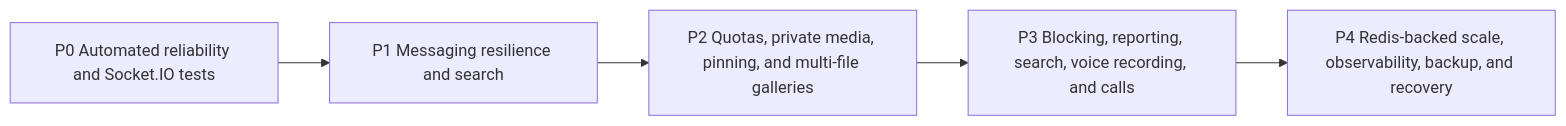
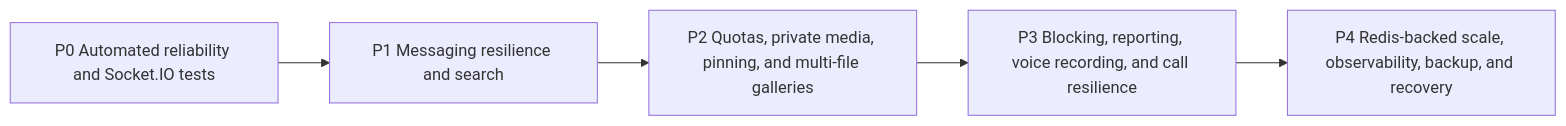
Before and after one commit to Saurav11343/click-chat: the second of 2 diagrams in docs/09-testing-and-roadmap.md, drawn with Mermaid. The commit also changed other lines of this file and 14 other files, not shown here.

````diff
--- a/docs/09-testing-and-roadmap.md
+++ b/docs/09-testing-and-roadmap.md
@@ -191,7 +210,7 @@
 ```mermaid
 flowchart LR
     P0["P0 Automated reliability and Socket.IO tests"] --> P1["P1 Messaging resilience and search"]
     P1 --> P2["P2 Quotas, private media, pinning, and multi-file galleries"]
-    P2 --> P3["P3 Blocking, reporting, search, voice recording, and calls"]
+    P2 --> P3["P3 Blocking, reporting, voice recording, and call resilience"]
     P3 --> P4["P4 Redis-backed scale, observability, backup, and recovery"]
 ```
````
